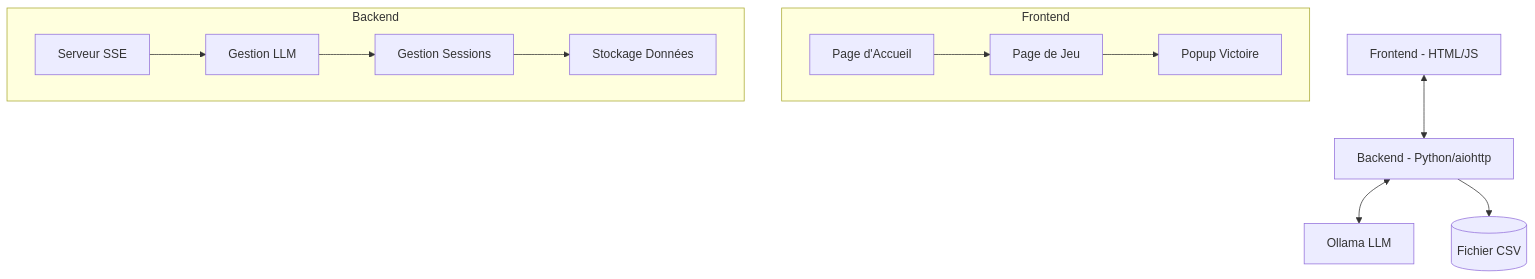
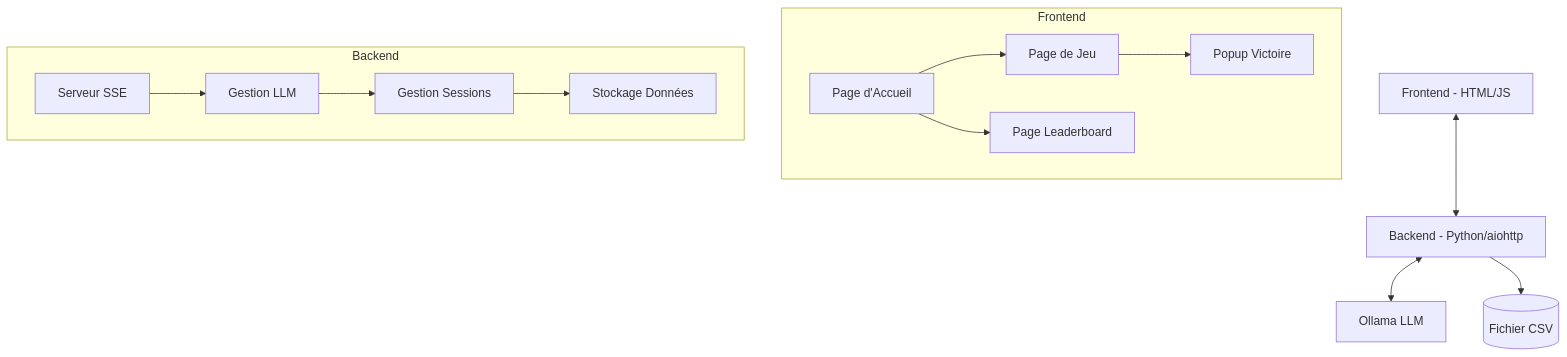
Before and after one commit to garc33/defeat-the-prompt: the first of 2 diagrams in docs/architecture.md, drawn with Mermaid. The commit also changed other lines of this file and 5 other files, not shown here.

````diff
--- a/docs/architecture.md
+++ b/docs/architecture.md
@@ -8,17 +8,18 @@
 ```mermaid
 graph TD
     A[Frontend - HTML/JS] <--> B[Backend - Python/aiohttp]
     B <--> C[Ollama LLM]
     B --> D[(Fichier CSV)]
     
     subgraph Frontend
     A1[Page d'Accueil] --> A2[Page de Jeu]
+    A1 --> A4[Page Leaderboard]
     A2 --> A3[Popup Victoire]
     end
     
     subgraph Backend
     B1[Serveur SSE] --> B2[Gestion LLM]
     B2 --> B3[Gestion Sessions]
     B3 --> B4[Stockage Données]
     end
 ```
````
